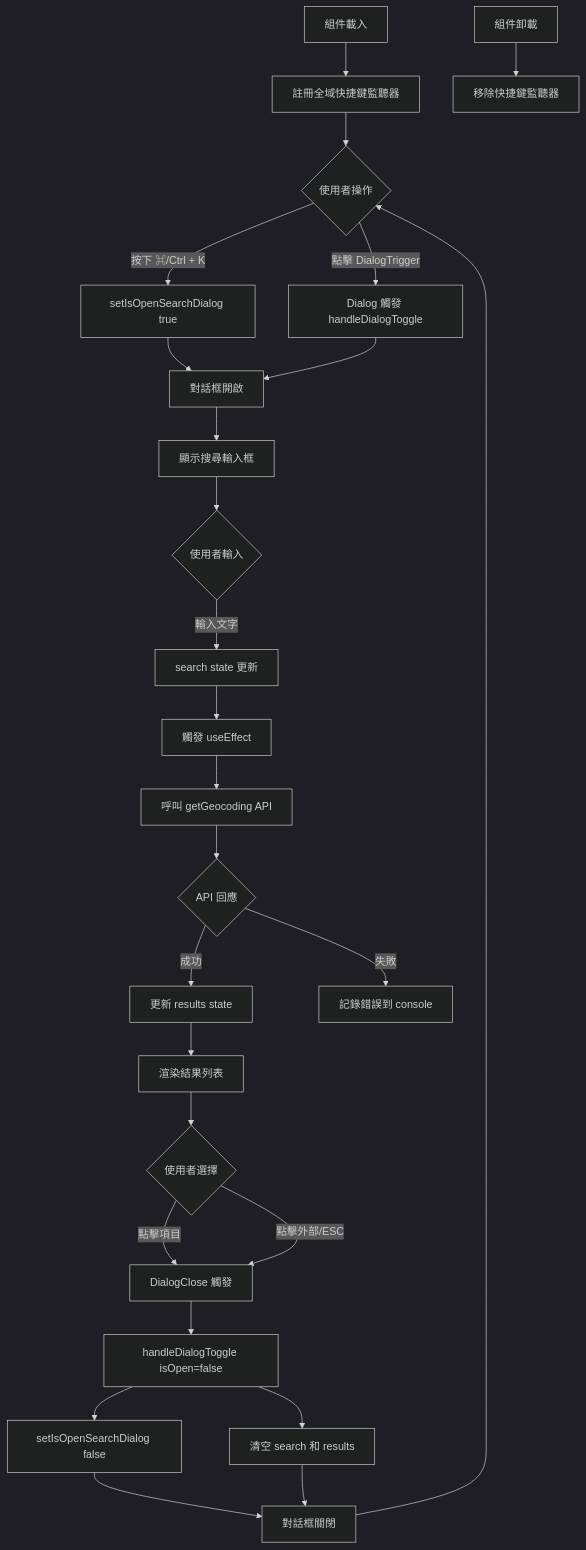
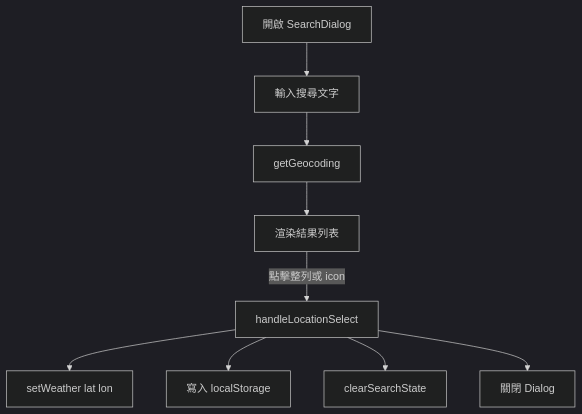
The diagram in docs/SearchDialog.md (codeChris1009/dethveiler-0.0.0), drawn with Mermaid (dark theme) before and after one commit. The commit also changed other lines of this file and 44 other files, not shown here.

First line of the commit message:
<feat>(weather): Add WeatherProvider and SearchDialog components (#4)

````diff
--- a/docs/SearchDialog.md
+++ b/docs/SearchDialog.md
@@ -313,29 +159,11 @@
 ```mermaid
 graph TD
-    A[組件載入] --> B[註冊全域快捷鍵監聽器]
-    B --> C{使用者操作}
-    C -->|按下 ⌘/Ctrl + K| D[setIsOpenSearchDialog true]
-    C -->|點擊 DialogTrigger| E[Dialog 觸發 handleDialogToggle]
-    D --> F[對話框開啟]
-    E --> F
-    F --> G[顯示搜尋輸入框]
-    G --> H{使用者輸入}
-    H -->|輸入文字| I[search state 更新]
-    I --> J[觸發 useEffect]
-    J --> K[呼叫 getGeocoding API]
-    K --> L{API 回應}
-    L -->|成功| M[更新 results state]
-    L -->|失敗| N[記錄錯誤到 console]
-    M --> O[渲染結果列表]
-    O --> P{使用者選擇}
-    P -->|點擊項目| Q[DialogClose 觸發]
-    P -->|點擊外部/ESC| Q
-    Q --> R[handleDialogToggle isOpen=false]
-    R --> S[setIsOpenSearchDialog false]
-    R --> T[清空 search 和 results]
-    S --> U[對話框關閉]
-    T --> U
-    U --> C
-
-    Z[組件卸載] --> Y[移除快捷鍵監聽器]
+    A[開啟 SearchDialog] --> B[輸入搜尋文字]
+    B --> C[getGeocoding]
+    C --> D[渲染結果列表]
+    D -->|點擊整列或 icon| E[handleLocationSelect]
+    E --> F[setWeather lat lon]
+    E --> G[寫入 localStorage]
+    E --> H[clearSearchState]
+    E --> I[關閉 Dialog]
 ```
````
